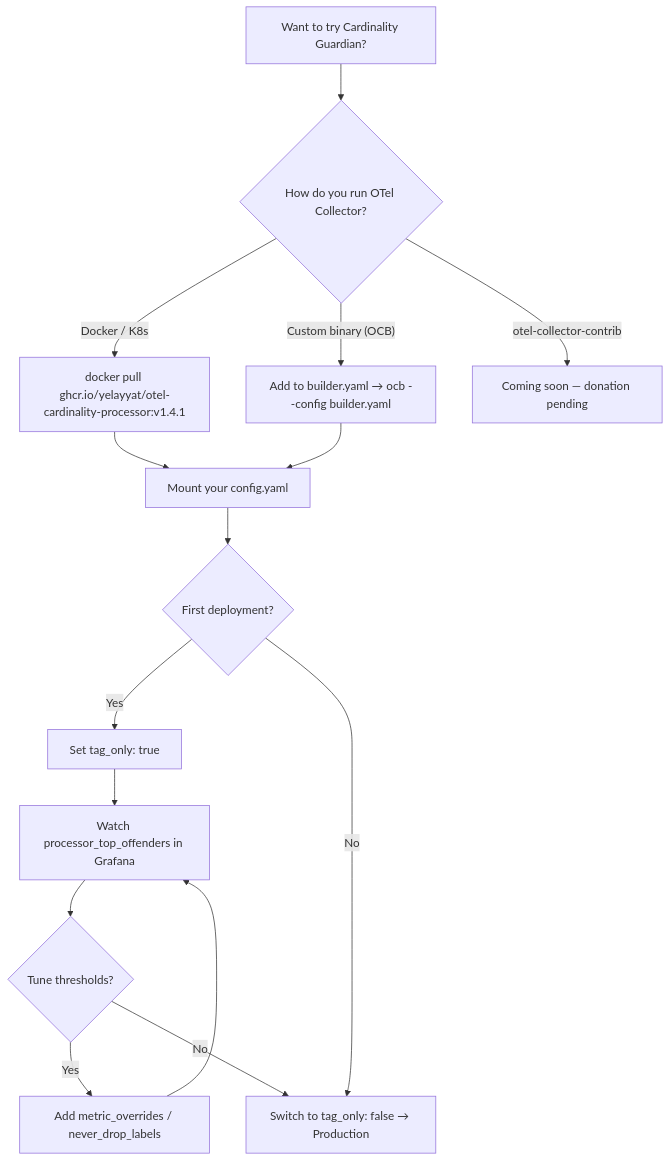
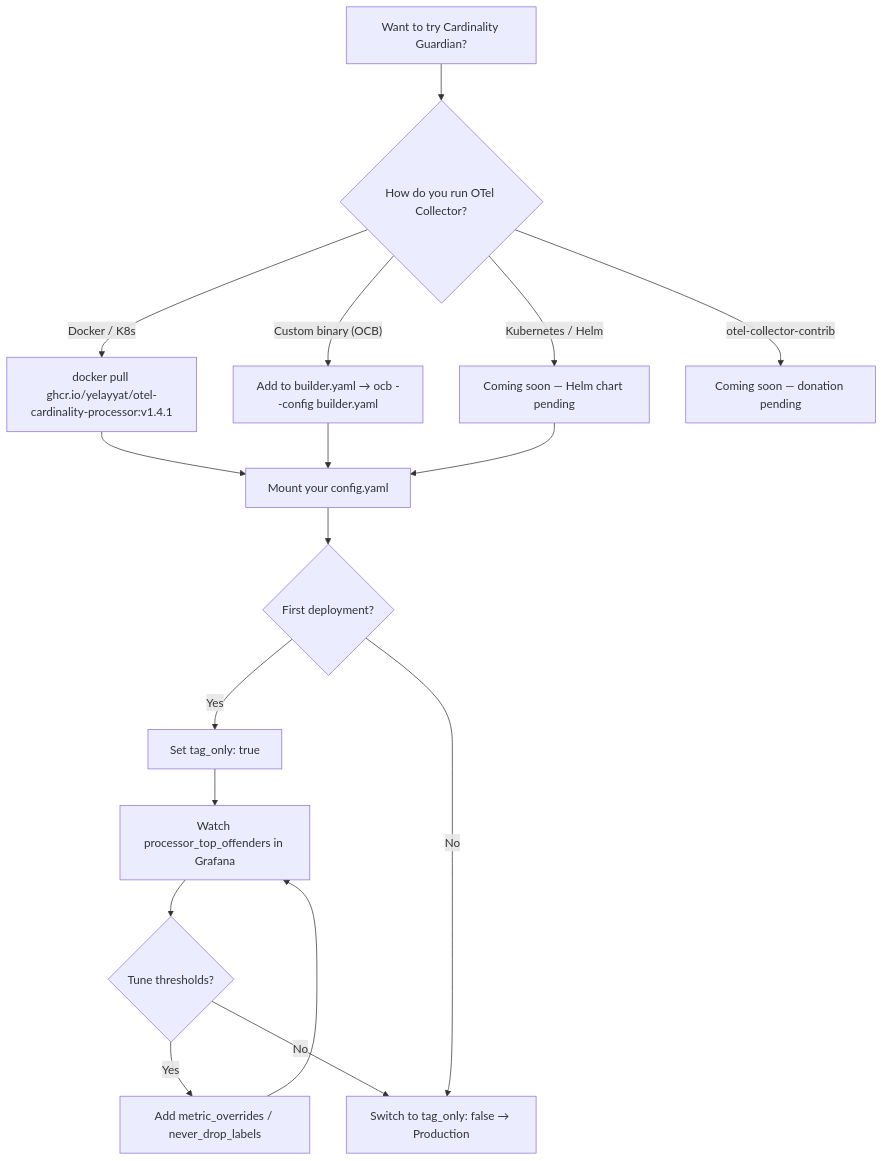
Before and after one commit to YElayyat/otel-cardinality-processor: the second of 2 diagrams in README.md, drawn with Mermaid.

Commit message:
docs: add Helm Chart coming soon

````diff
--- a/README.md
+++ b/README.md
@@ -140,17 +140,19 @@
 ```mermaid
 flowchart TD
     A[Want to try Cardinality Guardian?] --> B{How do you run OTel Collector?}
     B -- "Docker / K8s" --> C["docker pull ghcr.io/yelayyat/otel-cardinality-processor:v1.4.1"]
+    B -- "Kubernetes / Helm" --> M["Coming soon — Helm chart pending"]
     B -- "Custom binary (OCB)" --> D[Add to builder.yaml → ocb --config builder.yaml]
     B -- "otel-collector-contrib" --> E["Coming soon — donation pending"]
     C --> F[Mount your config.yaml]
     D --> F
+    M --> F
     F --> G{First deployment?}
     G -- Yes --> H["Set tag_only: true"]
     H --> I[Watch processor_top_offenders in Grafana]
     I --> J{Tune thresholds?}
     J -- Yes --> K[Add metric_overrides / never_drop_labels]
     K --> I
     J -- No --> L["Switch to tag_only: false → Production"]
     G -- No --> L
 ```
````
